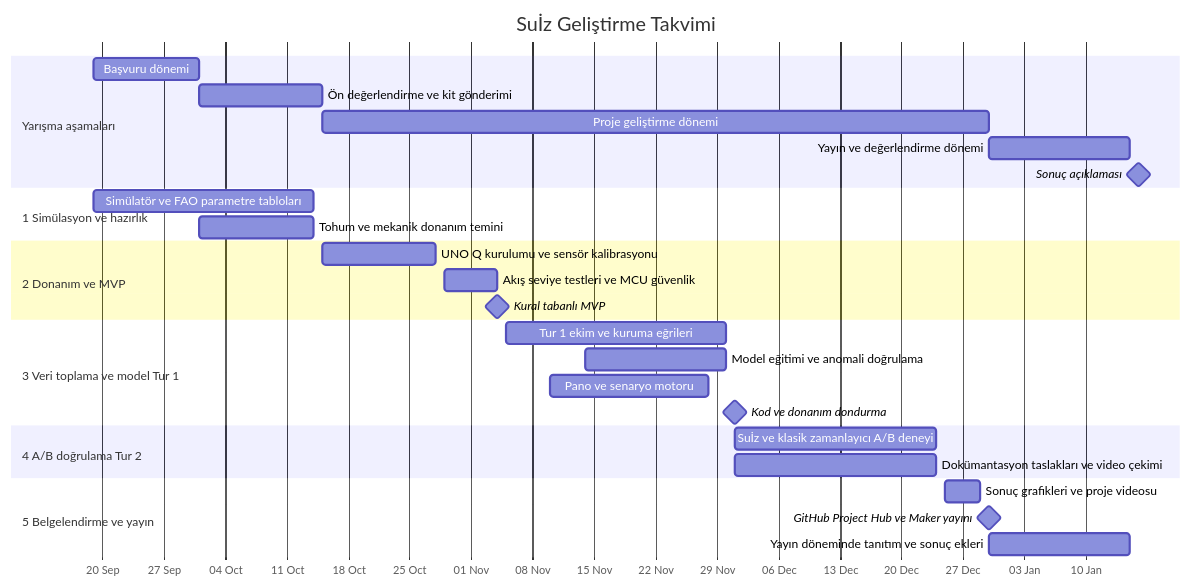
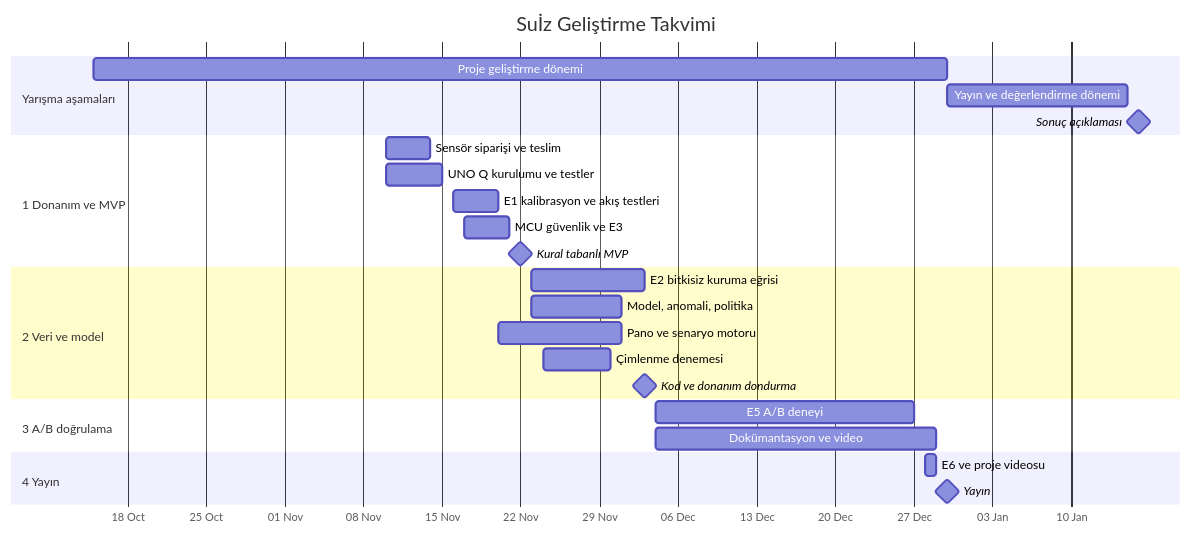
Before and after one commit to Berceste-Team/Su-z: the third of 3 diagrams in README.md, drawn with Mermaid. The commit also changed other lines of this file and 2 other files, not shown here.

Commit message:
Sync repo with Notion: remove Tur 1, update schedule, add AGENTS.md

````diff
--- a/README.md
+++ b/README.md
@@ -579,37 +585,33 @@
 ```mermaid
 gantt
     title Suİz Geliştirme Takvimi
     dateFormat  YYYY-MM-DD
     axisFormat  %d %b
 
     section Yarışma aşamaları
-    Başvuru dönemi                          :a1, 2026-09-19, 2026-10-01
-    Ön değerlendirme ve kit gönderimi       :a2, 2026-10-01, 2026-10-15
     Proje geliştirme dönemi                 :a3, 2026-10-15, 2026-12-30
     Yayın ve değerlendirme dönemi           :a4, 2026-12-30, 2027-01-15
     Sonuç açıklaması                        :milestone, a5, 2027-01-16, 0d
 
-    section 1 Simülasyon ve hazırlık
-    Simülatör ve FAO parametre tabloları    :h1, 2026-09-19, 2026-10-14
-    Tohum ve mekanik donanım temini         :h2, 2026-10-01, 2026-10-14
+    section 1 Donanım ve MVP
+    Sensör siparişi ve teslim               :d0, 2026-11-10, 2026-11-14
+    UNO Q kurulumu ve testler               :d1, 2026-11-10, 2026-11-15
+    E1 kalibrasyon ve akış testleri         :d2, 2026-11-16, 2026-11-20
+    MCU güvenlik ve E3                      :d3, 2026-11-17, 2026-11-21
+    Kural tabanlı MVP                       :milestone, m2, 2026-11-22, 0d
 
-    section 2 Donanım ve MVP
-    UNO Q kurulumu ve sensör kalibrasyonu   :d1, 2026-10-15, 2026-10-28
-    Akış seviye testleri ve MCU güvenlik    :d2, 2026-10-29, 2026-11-04
-    Kural tabanlı MVP                       :milestone, m2, 2026-11-04, 0d
+    section 2 Veri ve model
+    E2 bitkisiz kuruma eğrisi               :v1, 2026-11-23, 2026-12-03
+    Model, anomali, politika                :v2, 2026-11-23, 2026-12-01
+    Pano ve senaryo motoru                  :v3, 2026-11-20, 2026-12-01
+    Çimlenme denemesi                       :v4, 2026-11-24, 2026-11-30
+    Kod ve donanım dondurma                 :milestone, m3, 2026-12-03, 0d
 
-    section 3 Veri toplama ve model Tur 1
-    Tur 1 ekim ve kuruma eğrileri           :v1, 2026-11-05, 2026-11-30
-    Model eğitimi ve anomali doğrulama      :v2, 2026-11-14, 2026-11-30
-    Pano ve senaryo motoru                  :v3, 2026-11-10, 2026-11-28
-    Kod ve donanım dondurma                 :milestone, m3, 2026-12-01, 0d
+    section 3 A/B doğrulama
+    E5 A/B deneyi                           :e1, 2026-12-04, 2026-12-27
+    Dokümantasyon ve video                  :e2, 2026-12-04, 2026-12-29
 
-    section 4 A/B doğrulama Tur 2
-    Suİz ve klasik zamanlayıcı A/B deneyi   :e1, 2026-12-01, 2026-12-24
-    Dokümantasyon taslakları ve video çekimi :e2, 2026-12-01, 2026-12-24
-
-    section 5 Belgelendirme ve yayın
-    Sonuç grafikleri ve proje videosu       :p1, 2026-12-25, 2026-12-29
-    GitHub Project Hub ve Maker yayını      :milestone, m4, 2026-12-30, 0d
-    Yayın döneminde tanıtım ve sonuç ekleri :p2, 2026-12-30, 2027-01-15
+    section 4 Yayın
+    E6 ve proje videosu                     :p1, 2026-12-28, 2026-12-29
+    Yayın                                   :milestone, m4, 2026-12-30, 0d
 ```
````
